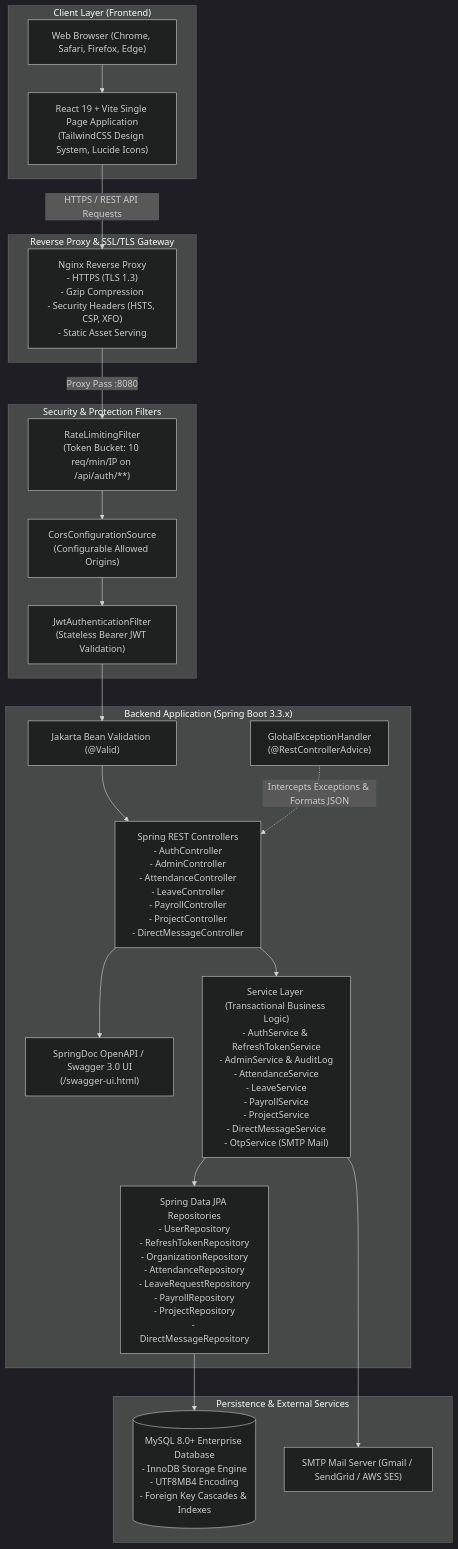
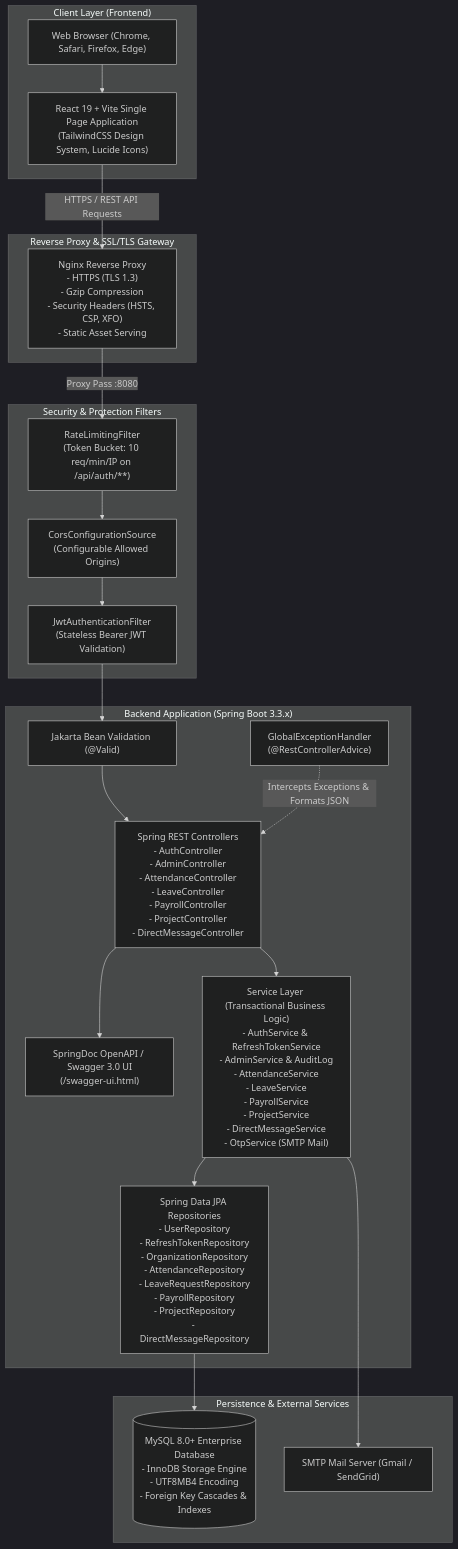
One commit to saksham634/WAP changed the first of 3 diagrams in docs/ARCHITECTURE.md. Above: the diagram before and after it, drawn with Mermaid (dark theme). The commit also changed 4 other files, not shown here.

````diff
--- a/docs/ARCHITECTURE.md
+++ b/docs/ARCHITECTURE.md
@@ -9,47 +9,47 @@
 ```mermaid
 flowchart TB
     subgraph ClientLayer ["Client Layer (Frontend)"]
         Browser["Web Browser (Chrome, Safari, Firefox, Edge)"]
         SPA["React 19 + Vite Single Page Application<br/>(TailwindCSS Design System, Lucide Icons)"]
         Browser --> SPA
     end
 
     subgraph GatewayLayer ["Reverse Proxy & SSL/TLS Gateway"]
         Nginx["Nginx Reverse Proxy<br/>- HTTPS (TLS 1.3)<br/>- Gzip Compression<br/>- Security Headers (HSTS, CSP, XFO)<br/>- Static Asset Serving"]
     end
 
     subgraph SecurityLayer ["Security & Protection Filters"]
         RateLimiter["RateLimitingFilter<br/>(Token Bucket: 10 req/min/IP on /api/auth/**)"]
         CorsFilter["CorsConfigurationSource<br/>(Configurable Allowed Origins)"]
         JwtFilter["JwtAuthenticationFilter<br/>(Stateless Bearer JWT Validation)"]
     end
 
     subgraph BackendLayer ["Backend Application (Spring Boot 3.3.x)"]
         Controllers["Spring REST Controllers<br/>- AuthController<br/>- AdminController<br/>- AttendanceController<br/>- LeaveController<br/>- PayrollController<br/>- ProjectController<br/>- DirectMessageController"]
         OpenAPI["SpringDoc OpenAPI / Swagger 3.0 UI<br/>(/swagger-ui.html)"]
         GlobalEx["GlobalExceptionHandler<br/>(@RestControllerAdvice)"]
         Validation["Jakarta Bean Validation (@Valid)"]
         
         Services["Service Layer (Transactional Business Logic)<br/>- AuthService & RefreshTokenService<br/>- AdminService & AuditLog<br/>- AttendanceService<br/>- LeaveService<br/>- PayrollService<br/>- ProjectService<br/>- DirectMessageService<br/>- OtpService (SMTP Mail)"]
         
         Repositories["Spring Data JPA Repositories<br/>- UserRepository<br/>- RefreshTokenRepository<br/>- OrganizationRepository<br/>- AttendanceRepository<br/>- LeaveRequestRepository<br/>- PayrollRepository<br/>- ProjectRepository<br/>- DirectMessageRepository"]
     end
 
     subgraph DataLayer ["Persistence & External Services"]
         MySQL[("MySQL 8.0+ Enterprise Database<br/>- InnoDB Storage Engine<br/>- UTF8MB4 Encoding<br/>- Foreign Key Cascades & Indexes")]
-        SMTP["SMTP Mail Server (Gmail / SendGrid / AWS SES)"]
+        SMTP["SMTP Mail Server (Gmail / SendGrid)"]
     end
 
     SPA -->|HTTPS / REST API Requests| Nginx
     Nginx -->|Proxy Pass :8080| RateLimiter
     RateLimiter --> CorsFilter
     CorsFilter --> JwtFilter
     JwtFilter --> Validation
     Validation --> Controllers
     Controllers --> OpenAPI
     Controllers --> Services
     Services --> Repositories
     Services --> SMTP
     Repositories --> MySQL
     GlobalEx -.->|Intercepts Exceptions & Formats JSON| Controllers
 ```
````
